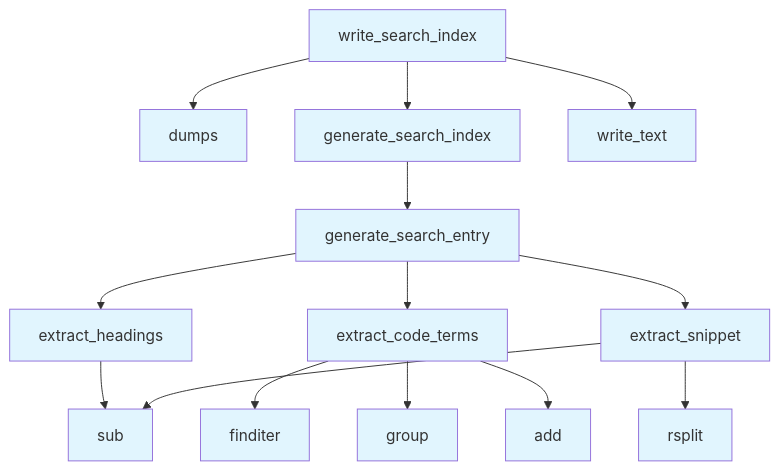
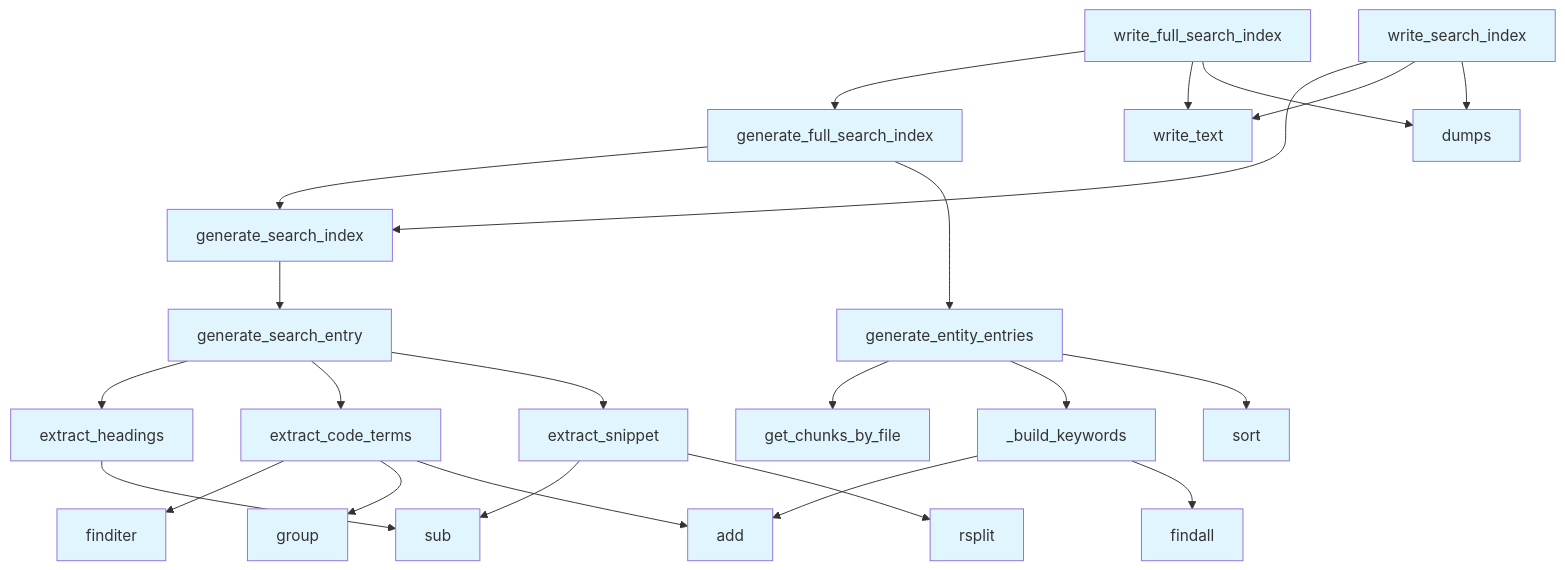
The diagram in .deepwiki/files/src/local_deepwiki/generators/search.md (UrbanDiver/local-deepwiki-mcp), drawn with Mermaid before and after one commit. The commit also changed other lines of this file and 54 other files, not shown here.

First line of the commit message:
Regenerate wiki with entity search index

````diff
--- a/.deepwiki/files/src/local_deepwiki/generators/search.md
+++ b/.deepwiki/files/src/local_deepwiki/generators/search.md
@@ -325,31 +536,48 @@
 ```mermaid
 flowchart TD
-    N0[add]
-    N1[dumps]
-    N2[extract_code_terms]
-    N3[extract_headings]
-    N4[extract_snippet]
-    N5[finditer]
-    N6[generate_search_entry]
-    N7[generate_search_index]
-    N8[group]
-    N9[rsplit]
-    N10[sub]
-    N11[write_search_index]
-    N12[write_text]
-    N3 --> N10
-    N2 --> N5
-    N2 --> N8
-    N2 --> N0
-    N4 --> N10
-    N4 --> N9
-    N6 --> N3
-    N6 --> N2
-    N6 --> N4
-    N7 --> N6
-    N11 --> N7
-    N11 --> N12
-    N11 --> N1
+    N0[_build_keywords]
+    N1[add]
+    N2[dumps]
+    N3[extract_code_terms]
+    N4[extract_headings]
+    N5[extract_snippet]
+    N6[findall]
+    N7[finditer]
+    N8[generate_entity_entries]
+    N9[generate_full_search_index]
+    N10[generate_search_entry]
+    N11[generate_search_index]
+    N12[get_chunks_by_file]
+    N13[group]
+    N14[rsplit]
+    N15[sort]
+    N16[sub]
+    N17[write_full_search_index]
+    N18[write_search_index]
+    N19[write_text]
+    N4 --> N16
+    N3 --> N7
+    N3 --> N13
+    N3 --> N1
+    N5 --> N16
+    N5 --> N14
+    N10 --> N4
+    N10 --> N3
+    N10 --> N5
+    N11 --> N10
+    N8 --> N12
+    N8 --> N0
+    N8 --> N15
+    N0 --> N1
+    N0 --> N6
+    N9 --> N11
+    N9 --> N8
+    N18 --> N11
+    N18 --> N19
+    N18 --> N2
+    N17 --> N9
+    N17 --> N19
+    N17 --> N2
     classDef func fill:#e1f5fe
-    class N0,N1,N2,N3,N4,N5,N6,N7,N8,N9,N10,N11,N12 func
+    class N0,N1,N2,N3,N4,N5,N6,N7,N8,N9,N10,N11,N12,N13,N14,N15,N16,N17,N18,N19 func
 ```
````
